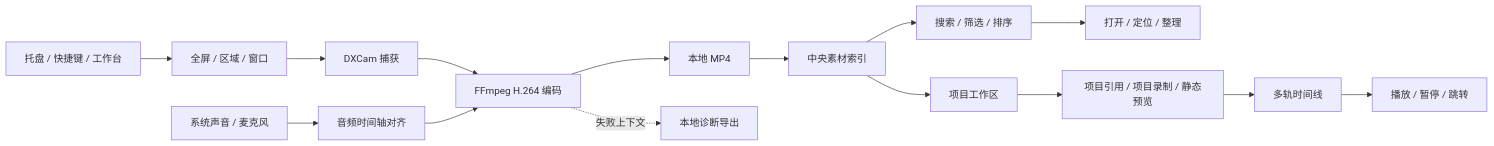
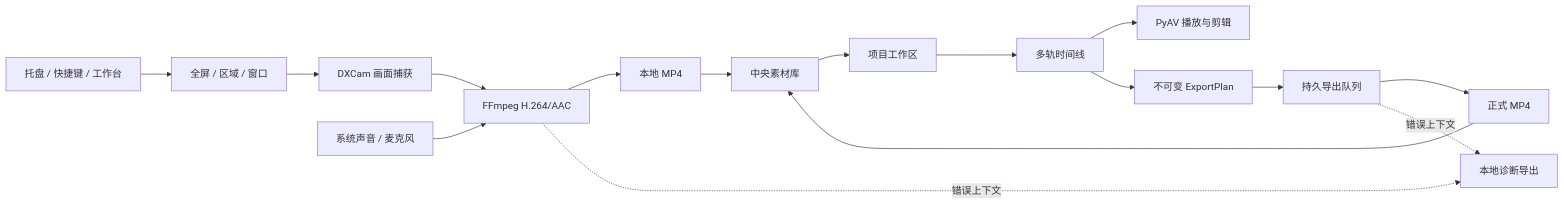
One commit to NzyZzz1998/QuickRec changed the diagram in README.md. Above: the diagram before and after it, drawn with Mermaid. The commit also changed other lines of this file and 80 other files, not shown here.

Commit message:
feat(v1.9.5): enhance timeline editing interactions and track control

````diff
--- a/README.md
+++ b/README.md
@@ -267,17 +112,18 @@
 ```mermaid
 flowchart LR
-    A["托盘 / 快捷键 / 工作台"] --> B["全屏 / 区域 / 窗口"]
-    B --> C["DXCam 捕获"]
-    D["系统声音 / 麦克风"] --> E["音频时间轴对齐"]
-    C --> F["FFmpeg H.264 编码"]
-    E --> F
-    F --> G["本地 MP4"]
-    G --> H["中央素材索引"]
-    H --> I["搜索 / 筛选 / 排序"]
-    I --> J["打开 / 定位 / 整理"]
-    H --> L["项目工作区"]
-    L --> M["项目引用 / 项目录制 / 静态预览"]
-    M --> N["多轨时间线"]
-    N --> O["播放 / 暂停 / 跳转"]
-    F -. "失败上下文" .-> K["本地诊断导出"]
+    Entry["托盘 / 快捷键 / 工作台"] --> Mode["全屏 / 区域 / 窗口"]
+    Mode --> Capture["DXCam 画面捕获"]
+    Audio["系统声音 / 麦克风"] --> Encode["FFmpeg H.264/AAC"]
+    Capture --> Encode
+    Encode --> Video["本地 MP4"]
+    Video --> Library["中央素材库"]
+    Library --> Project["项目工作区"]
+    Project --> Timeline["多轨时间线"]
+    Timeline --> Preview["PyAV 播放与剪辑"]
+    Timeline --> Plan["不可变 ExportPlan"]
+    Plan --> Queue["持久导出队列"]
+    Queue --> Result["正式 MP4"]
+    Result --> Library
+    Encode -. "错误上下文" .-> Diagnostics["本地诊断导出"]
+    Queue -. "错误上下文" .-> Diagnostics
 ```
````
